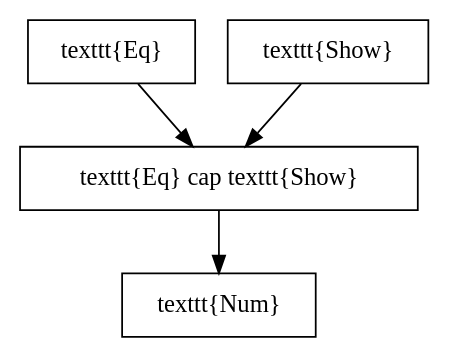
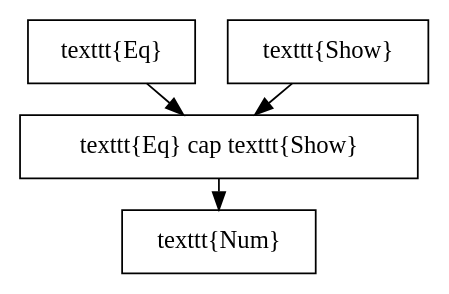
Before and after one commit to xkollar/thesis-mgr-2011: the diagram in text/diagram/num_intersection.dot, drawn with Graphviz. The commit also changed 2 other files, not shown here.

```diff
--- a/text/diagram/num_intersection.dot
+++ b/text/diagram/num_intersection.dot
@@ -1,6 +1,8 @@
 digraph kinds {
+	graph [ranksep=0.25];
 	node [shape=box];
+
 	"\texttt{Eq}" -> "\texttt{Eq} \cap \texttt{Show}";
 	"\texttt{Show}" -> "\texttt{Eq} \cap \texttt{Show}";
 	"\texttt{Eq} \cap \texttt{Show}" -> "\texttt{Num}";
 }
```
